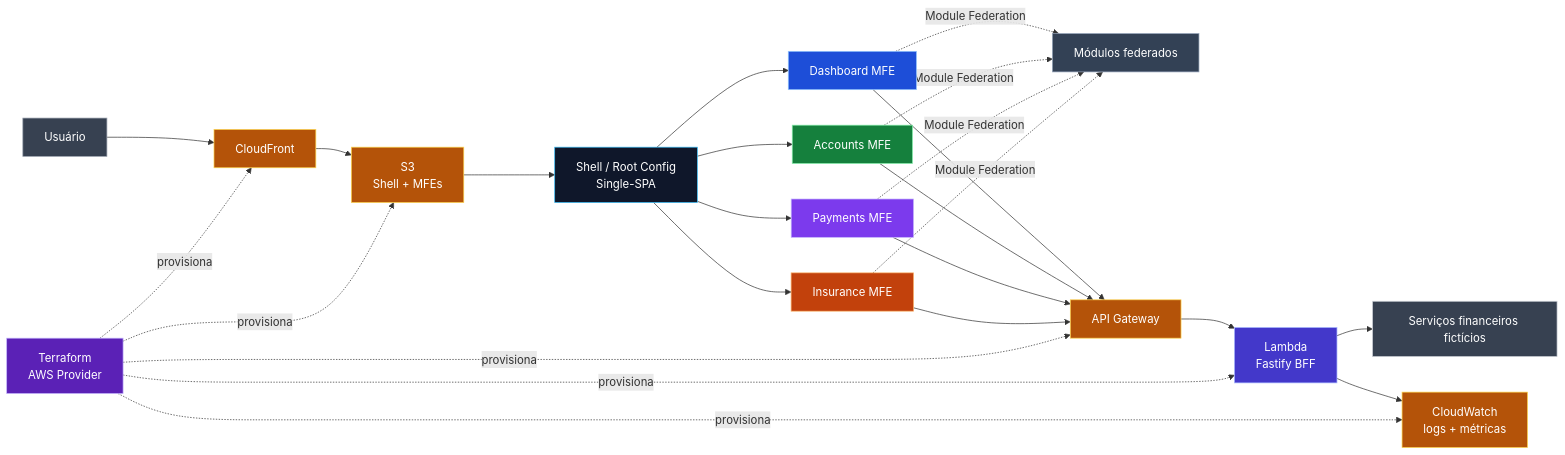
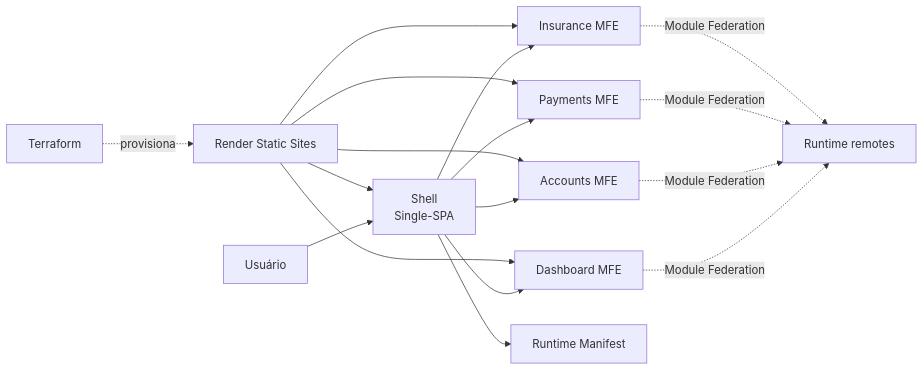
Before and after one commit to Joseafs/financial-mfe-hub: the diagram in README.md, drawn with Mermaid. The commit also changed other lines of this file, not shown here.

````diff
--- a/README.md
+++ b/README.md
@@ -104,55 +40,23 @@
 ```mermaid
 flowchart LR
-  User["Usuário"] --> CDN["CloudFront"]
-  CDN --> Static["S3\nShell + MFEs"]
-  Static --> Shell["Shell / Root Config\nSingle-SPA"]
+  User["Usuário"] --> Shell["Shell\nSingle-SPA"]
 
   Shell --> Dashboard["Dashboard MFE"]
   Shell --> Accounts["Accounts MFE"]
   Shell --> Payments["Payments MFE"]
   Shell --> Insurance["Insurance MFE"]
 
-  Dashboard -. "Module Federation" .-> Shared["Módulos federados"]
-  Accounts -. "Module Federation" .-> Shared
-  Payments -. "Module Federation" .-> Shared
-  Insurance -. "Module Federation" .-> Shared
+  Dashboard -. "Module Federation" .-> Runtime["Runtime remotes"]
+  Accounts -. "Module Federation" .-> Runtime
+  Payments -. "Module Federation" .-> Runtime
+  Insurance -. "Module Federation" .-> Runtime
 
-  Dashboard --> API["API Gateway"]
-  Accounts --> API
-  Payments --> API
-  Insurance --> API
+  Shell --> Manifest["Runtime Manifest"]
 
-  API --> BFF["Lambda\nFastify BFF"]
-  BFF --> Services["Serviços financeiros fictícios"]
-  BFF --> Observability["CloudWatch\nlogs + métricas"]
-
-  Terraform["Terraform\nAWS Provider"] -. "provisiona" .-> CDN
-  Terraform -. "provisiona" .-> Static
-  Terraform -. "provisiona" .-> API
-  Terraform -. "provisiona" .-> BFF
-  Terraform -. "provisiona" .-> Observability
-
-  classDef user fill:#374151,stroke:#9CA3AF,color:#FFFFFF;
-  classDef aws fill:#B45309,stroke:#FCD34D,color:#FFFFFF;
-  classDef shell fill:#0F172A,stroke:#38BDF8,color:#FFFFFF;
-  classDef dashboard fill:#1D4ED8,stroke:#93C5FD,color:#FFFFFF;
-  classDef accounts fill:#15803D,stroke:#86EFAC,color:#FFFFFF;
-  classDef payments fill:#7C3AED,stroke:#C4B5FD,color:#FFFFFF;
-  classDef insurance fill:#C2410C,stroke:#FDBA74,color:#FFFFFF;
-  classDef shared fill:#334155,stroke:#94A3B8,color:#FFFFFF;
-  classDef bff fill:#4338CA,stroke:#A5B4FC,color:#FFFFFF;
-  classDef services fill:#374151,stroke:#D1D5DB,color:#FFFFFF;
-  classDef terraform fill:#5B21B6,stroke:#C4B5FD,color:#FFFFFF;
-
-  class User user;
-  class CDN,Static,API,Observability aws;
-  class Shell shell;
-  class Dashboard dashboard;
-  class Accounts accounts;
-  class Payments payments;
-  class Insurance insurance;
-  class Shared shared;
-  class BFF bff;
-  class Services services;
-  class Terraform terraform;
+  Terraform["Terraform"] -. "provisiona" .-> Render["Render Static Sites"]
+  Render --> Shell
+  Render --> Dashboard
+  Render --> Accounts
+  Render --> Payments
+  Render --> Insurance
 ```
````
